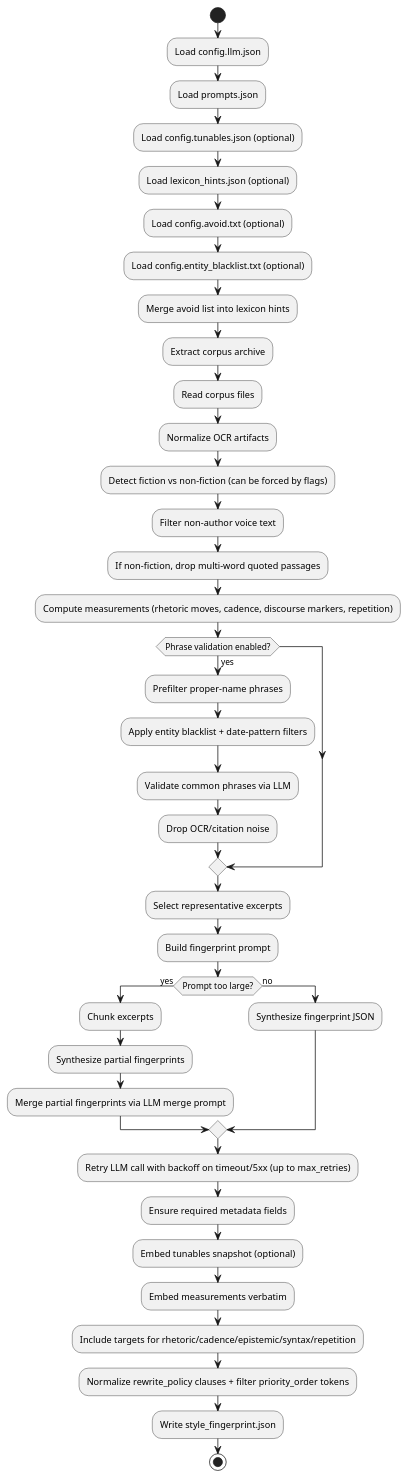
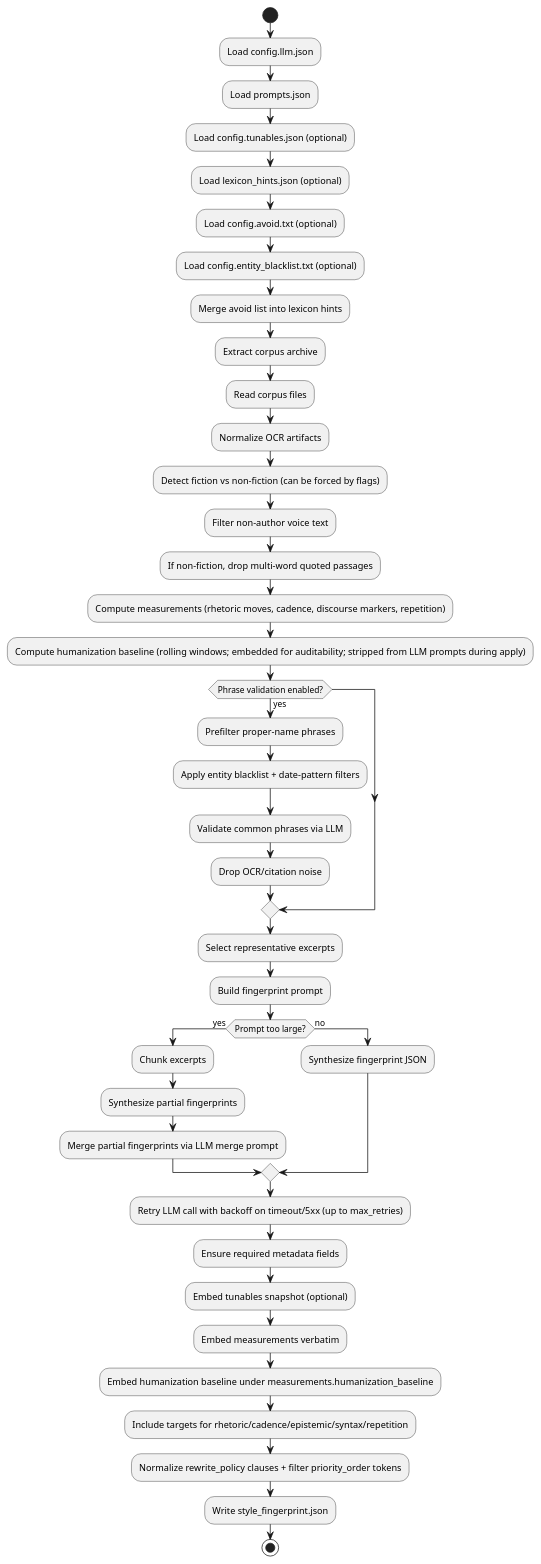
One commit to ngpepin/stylometric-transfer changed the second of 3 diagrams in UML-Fingerprint.md. Above: the diagram before and after it, drawn with PlantUML. The commit also changed other lines of this file and 15 other files, not shown here.

````diff
--- a/UML-Fingerprint.md
+++ b/UML-Fingerprint.md
@@ -85,48 +86,50 @@
 ```plantuml
 @startuml
 start
 :Load config.llm.json;
 :Load prompts.json;
 :Load config.tunables.json (optional);
 :Load lexicon_hints.json (optional);
 :Load config.avoid.txt (optional);
 :Load config.entity_blacklist.txt (optional);
 :Merge avoid list into lexicon hints;
 
 :Extract corpus archive;
 :Read corpus files;
 :Normalize OCR artifacts;
 :Detect fiction vs non-fiction (can be forced by flags);
 :Filter non-author voice text;
 :If non-fiction, drop multi-word quoted passages;
 :Compute measurements (rhetoric moves, cadence, discourse markers, repetition);
+:Compute humanization baseline (rolling windows; embedded for auditability; stripped from LLM prompts during apply);
 
 if (Phrase validation enabled?) then (yes)
   :Prefilter proper-name phrases;
   :Apply entity blacklist + date-pattern filters;
   :Validate common phrases via LLM;
   :Drop OCR/citation noise;
 endif
 
 :Select representative excerpts;
 :Build fingerprint prompt;
 
 if (Prompt too large?) then (yes)
   :Chunk excerpts;
   :Synthesize partial fingerprints;
   :Merge partial fingerprints via LLM merge prompt;
 else (no)
   :Synthesize fingerprint JSON;
 endif
 
 :Retry LLM call with backoff on timeout/5xx (up to max_retries);
 
 :Ensure required metadata fields;
 :Embed tunables snapshot (optional);
 :Embed measurements verbatim;
+:Embed humanization baseline under measurements.humanization_baseline;
 :Include targets for rhetoric/cadence/epistemic/syntax/repetition;
 :Normalize rewrite_policy clauses + filter priority_order tokens;
 :Write style_fingerprint.json;
 stop
 @enduml
 ```
````
